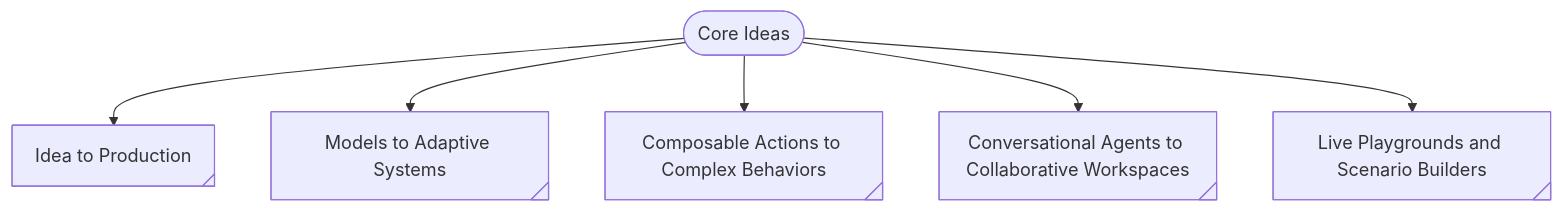
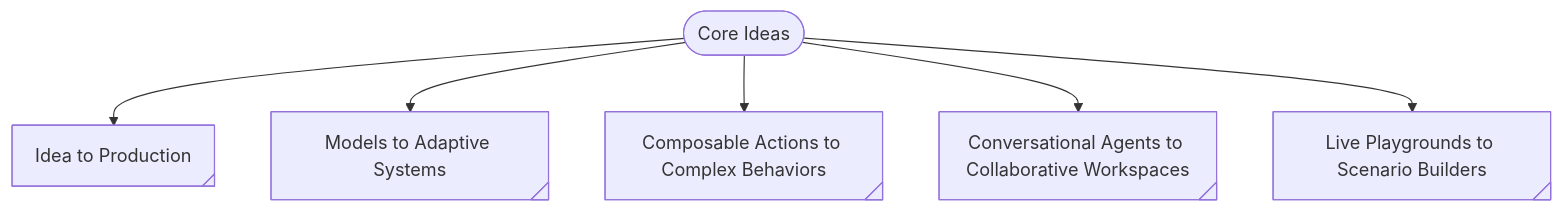
The diagram in README.md (alywonder/awhere-ai), drawn with Mermaid before and after one commit.

Commit message:
Update README.md formatting and structure
🤖 Generated with [Claude Code](https://claude.ai/code)

````diff
--- a/README.md
+++ b/README.md
@@ -35,15 +35,15 @@
 ```mermaid
 flowchart TD
     ideas@{ shape: stadium, label: "Core Ideas" }
     idea-to-production@{ shape: tag-rect, label: "Idea to Production" }
     models-to-adaptive-systems@{ shape: tag-rect, label: "Models to Adaptive Systems" }
     composable-actions-to-complex-behaviors@{ shape: tag-rect, label: "Composable Actions to Complex Behaviors" }
     conversational-agents-to-collaborative-workspaces@{ shape: tag-rect, label: "Conversational Agents to Collaborative Workspaces" }
-    live-playgrounds@{ shape: tag-rect, label: "Live Playgrounds and Scenario Builders" }
+    live-playgrounds@{ shape: tag-rect, label: "Live Playgrounds to Scenario Builders" }
     ideas --> idea-to-production
     ideas --> models-to-adaptive-systems
     ideas --> composable-actions-to-complex-behaviors
     ideas --> conversational-agents-to-collaborative-workspaces
     ideas --> live-playgrounds
 
 ```
````
